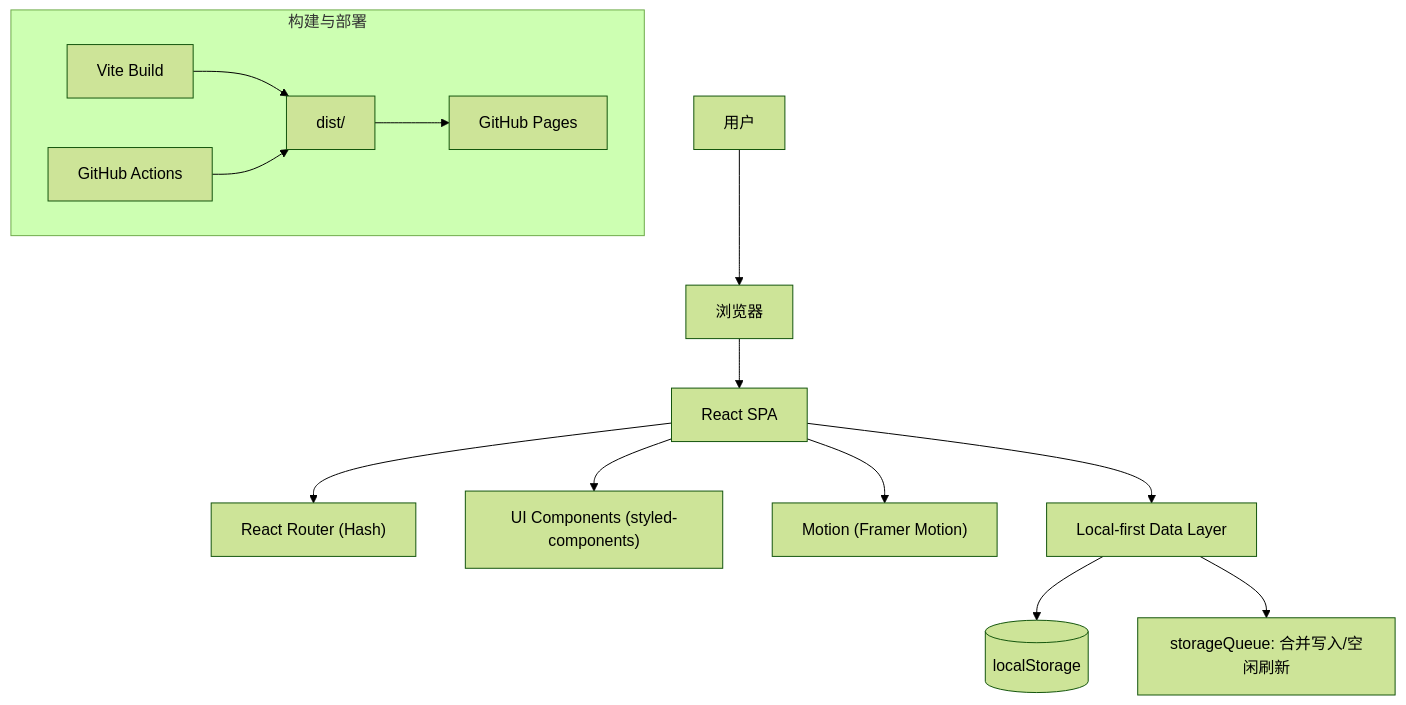
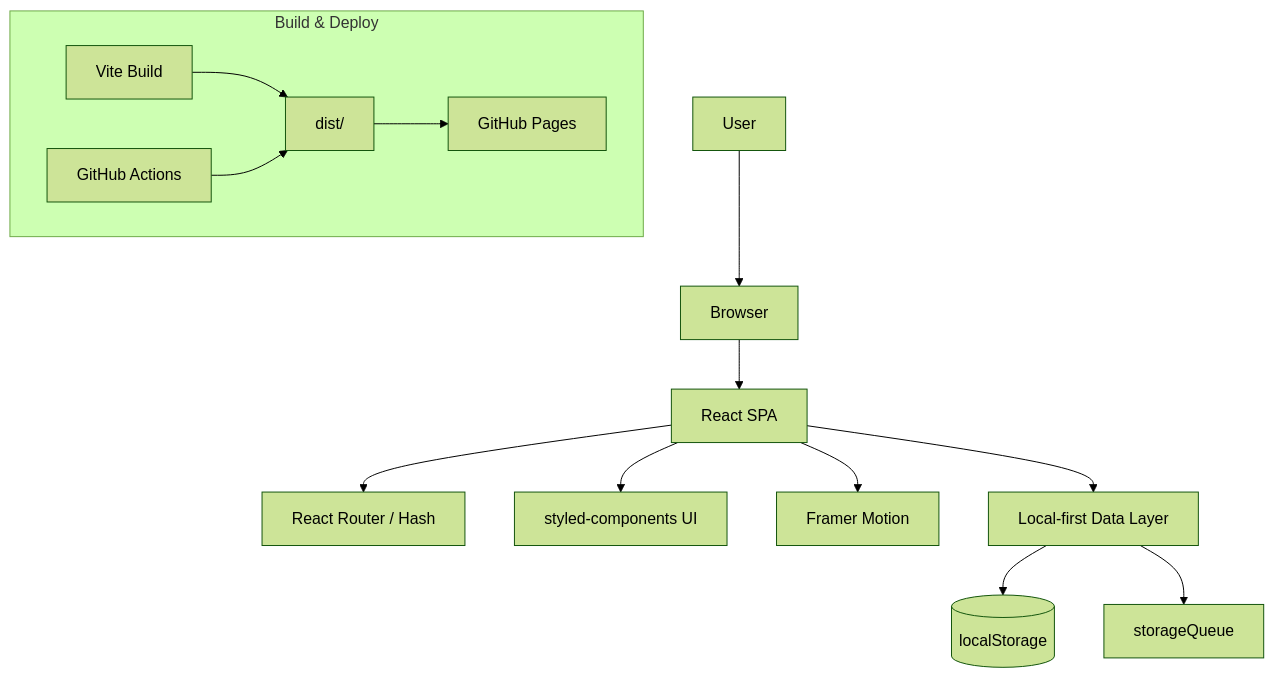
Before and after one commit to TUR1412/Guoman: the diagram in README.md, drawn with Mermaid (forest theme). The commit also changed other lines of this file and 28 other files, not shown here.

````diff
--- a/README.md
+++ b/README.md
@@ -134,19 +83,19 @@
 ```mermaid
 flowchart TD
-  User[用户] --> Browser[浏览器]
+  User[User] --> Browser[Browser]
   Browser --> App[React SPA]
 
-  App --> Router["React Router (Hash)"]
-  App --> UI["UI Components (styled-components)"]
-  App --> Motion["Motion (Framer Motion)"]
+  App --> Router[React Router / Hash]
+  App --> UI[styled-components UI]
+  App --> Motion[Framer Motion]
 
-  App --> Data["Local-first Data Layer"]
+  App --> Data[Local-first Data Layer]
   Data --> LS[(localStorage)]
-  Data --> Queue["storageQueue: 合并写入/空闲刷新"]
+  Data --> Queue[storageQueue]
 
-  subgraph Build[构建与部署]
+  subgraph Build[Build & Deploy]
     Vite[Vite Build] --> Dist[dist/]
     Actions[GitHub Actions] --> Dist
     Dist --> Pages[GitHub Pages]
   end
 ```
````
